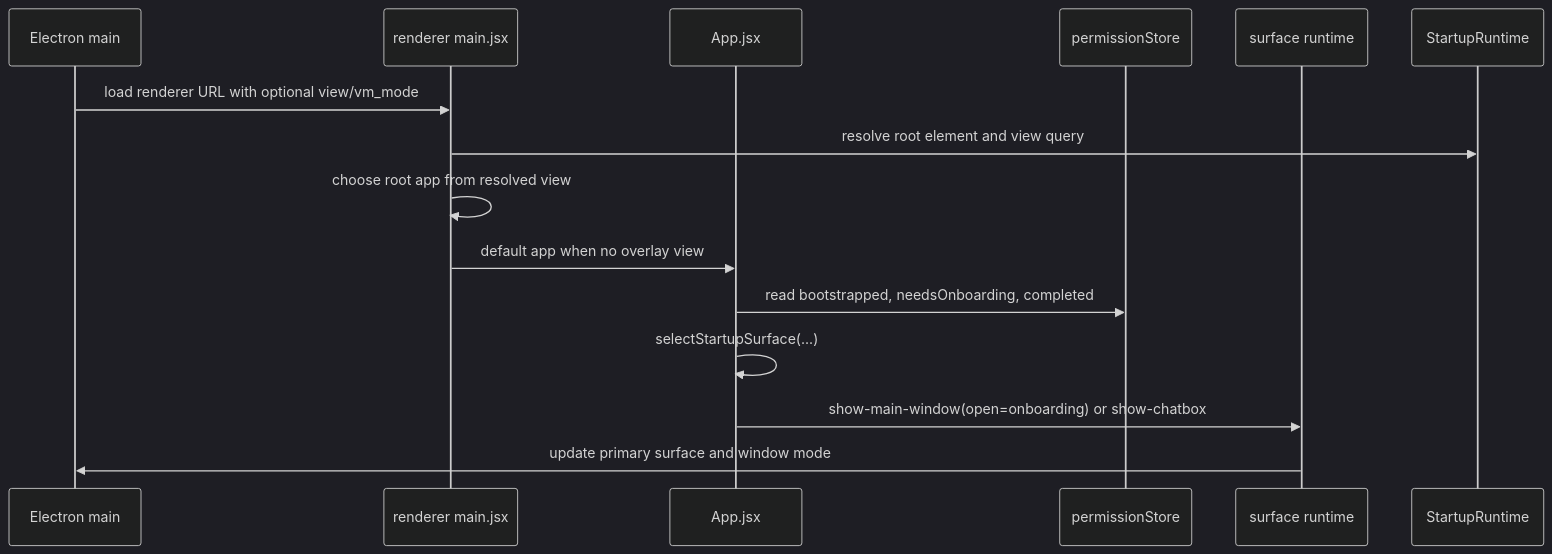
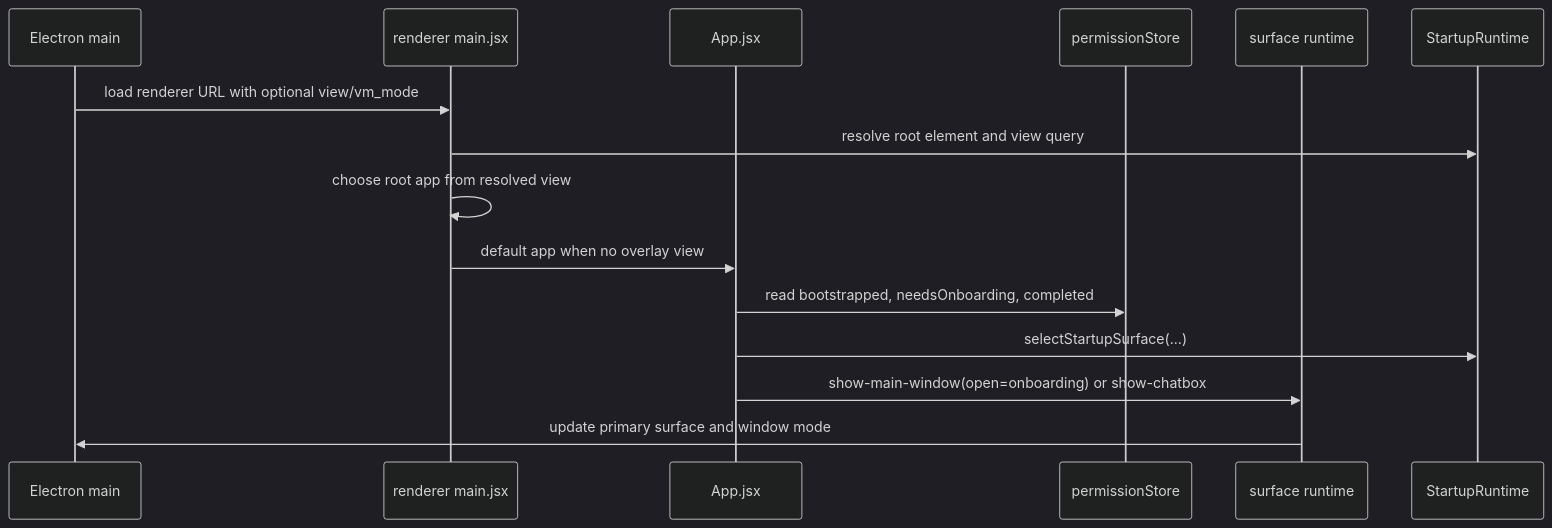
Before and after one commit to buiilding/My_Own_OpenClaw: the diagram in docs/frontend/renderer/app_startup_onboarding_change_workflow.md, drawn with Mermaid (dark theme). The commit also changed other lines of this file and 13 other files, not shown here.

First line of the commit message:
refactor(renderer): move startup surface selection into runtime

````diff
--- a/docs/frontend/renderer/app_startup_onboarding_change_workflow.md
+++ b/docs/frontend/renderer/app_startup_onboarding_change_workflow.md
@@ -50,17 +51,17 @@
 ```mermaid
 sequenceDiagram
     participant Main as Electron main
     participant Entry as renderer main.jsx
     participant App as App.jsx
     participant Perm as permissionStore
     participant Surface as surface runtime
 
     Main->>Entry: load renderer URL with optional view/vm_mode
     Entry->>StartupRuntime: resolve root element and view query
     Entry->>Entry: choose root app from resolved view
     Entry->>App: default app when no overlay view
     App->>Perm: read bootstrapped, needsOnboarding, completed
-    App->>App: selectStartupSurface(...)
+    App->>StartupRuntime: selectStartupSurface(...)
     App->>Surface: show-main-window(open=onboarding) or show-chatbox
     Surface->>Main: update primary surface and window mode
 ```
````
